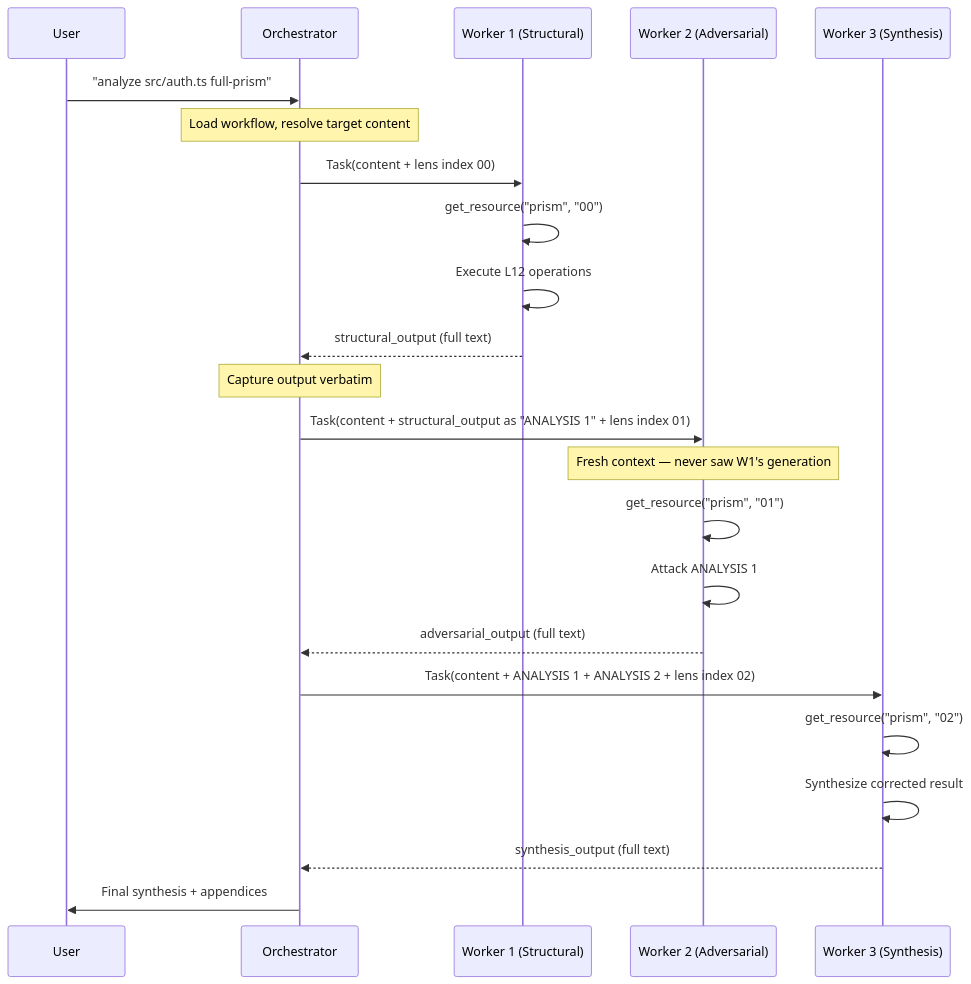
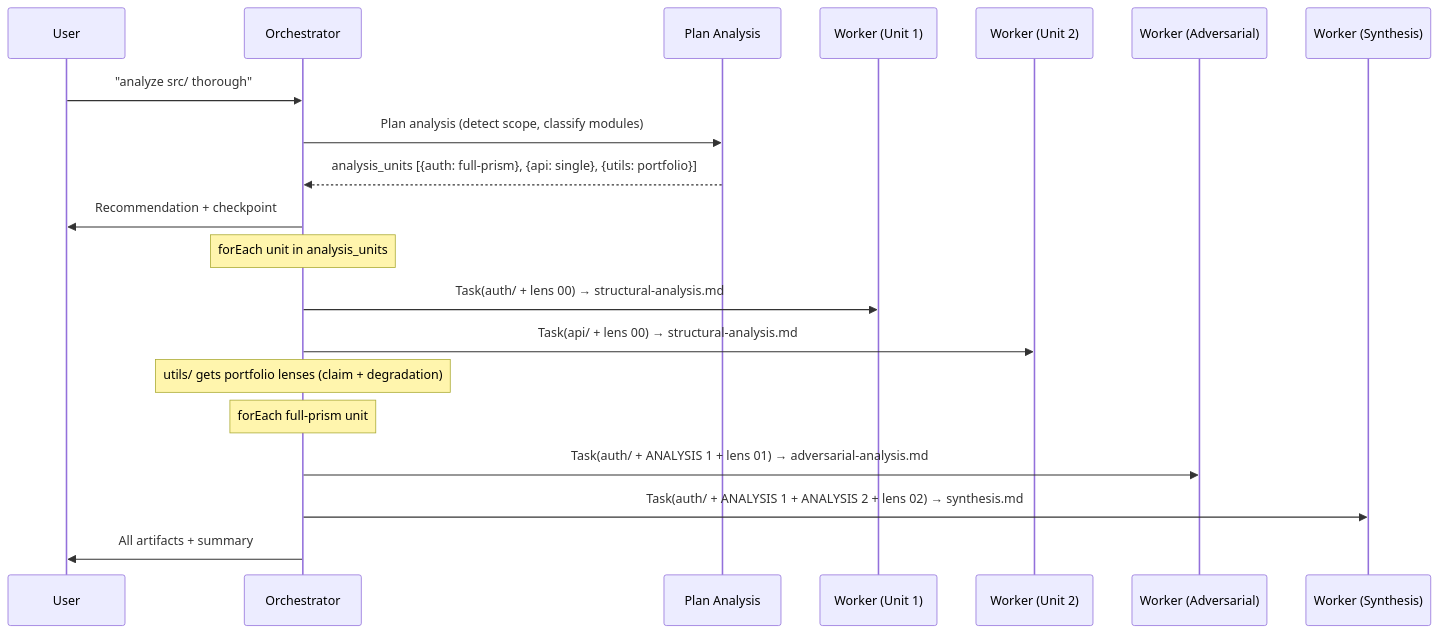
Before and after one commit to m2ux/workflow-server: the second of 2 diagrams in prism/README.md, drawn with Mermaid. The commit also changed other lines of this file and 1 other file, not shown here.

First line of the commit message:
docs(prism): rewrite workflow and skills READMEs for current architecture

````diff
--- a/prism/README.md
+++ b/prism/README.md
@@ -62,32 +79,29 @@
 ```mermaid
 sequenceDiagram
     participant User
     participant Orch as Orchestrator
-    participant W1 as Worker 1 (Structural)
-    participant W2 as Worker 2 (Adversarial)
-    participant W3 as Worker 3 (Synthesis)
+    participant PA as Plan Analysis
+    participant W1 as Worker (Unit 1)
+    participant W2 as Worker (Unit 2)
+    participant WA as Worker (Adversarial)
+    participant WS as Worker (Synthesis)
 
-    User->>Orch: "analyze src/auth.ts full-prism"
+    User->>Orch: "analyze src/ thorough"
 
-    Note over Orch: Load workflow, resolve target content
+    Orch->>PA: Plan analysis (detect scope, classify modules)
+    PA-->>Orch: analysis_units [{auth: full-prism}, {api: single}, {utils: portfolio}]
+    Orch->>User: Recommendation + checkpoint
 
-    Orch->>W1: Task(content + lens index 00)
-    W1->>W1: get_resource("prism", "00")
-    W1->>W1: Execute L12 operations
-    W1-->>Orch: structural_output (full text)
+    Note over Orch: forEach unit in analysis_units
 
-    Note over Orch: Capture output verbatim
+    Orch->>W1: Task(auth/ + lens 00) → structural-analysis.md
+    Orch->>W2: Task(api/ + lens 00) → structural-analysis.md
+    Note over Orch: utils/ gets portfolio lenses (claim + degradation)
 
-    Orch->>W2: Task(content + structural_output as "ANALYSIS 1" + lens index 01)
-    Note over W2: Fresh context — never saw W1's generation
-    W2->>W2: get_resource("prism", "01")
-    W2->>W2: Attack ANALYSIS 1
-    W2-->>Orch: adversarial_output (full text)
+    Note over Orch: forEach full-prism unit
 
-    Orch->>W3: Task(content + ANALYSIS 1 + ANALYSIS 2 + lens index 02)
-    W3->>W3: get_resource("prism", "02")
-    W3->>W3: Synthesize corrected result
-    W3-->>Orch: synthesis_output (full text)
+    Orch->>WA: Task(auth/ + ANALYSIS 1 + lens 01) → adversarial-analysis.md
+    Orch->>WS: Task(auth/ + ANALYSIS 1 + ANALYSIS 2 + lens 02) → synthesis.md
 
-    Orch->>User: Final synthesis + appendices
+    Orch->>User: All artifacts + summary
 ```
````
